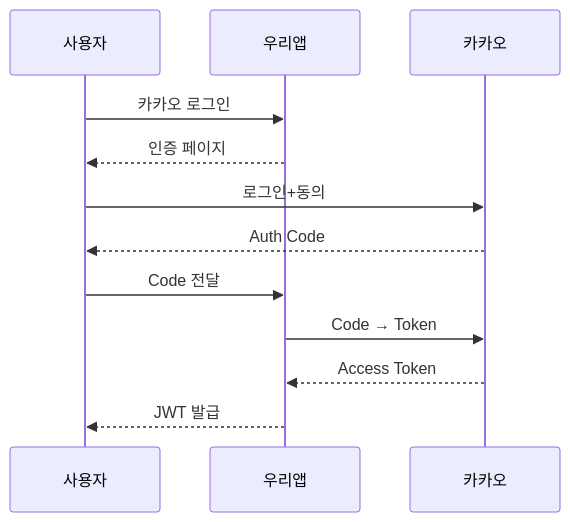
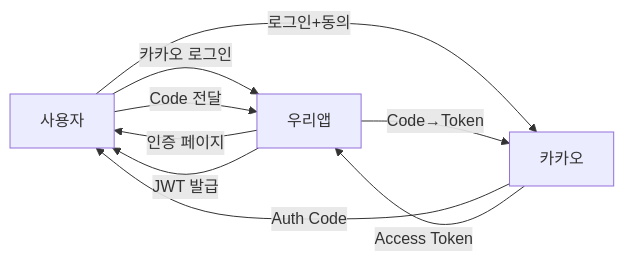
The fifth of 7 diagrams in _posts/spring/2026-05-02-spring-security-deep.md (yjkim2015/yjkim2015.github.io), drawn with Mermaid before and after one commit. The commit also changed other lines of this file and 32 other files, not shown here.

First line of the commit message:
sequenceDiagram 82개 → graph LR 변환 완료

````diff
--- a/_posts/spring/2026-05-02-spring-security-deep.md
+++ b/_posts/spring/2026-05-02-spring-security-deep.md
@@ -367,14 +364,11 @@
 ```mermaid
-sequenceDiagram
-    participant U as 사용자
-    participant A as 우리앱
-    participant K as 카카오
-    U->>A: 카카오 로그인
-    A-->>U: 인증 페이지
-    U->>K: 로그인+동의
-    K-->>U: Auth Code
-    U->>A: Code 전달
-    A->>K: Code → Token
-    K-->>A: Access Token
-    A-->>U: JWT 발급
+graph LR
+    U["사용자"] -->|"카카오 로그인"| A["우리앱"]
+    A -->|"인증 페이지"| U
+    U -->|"로그인+동의"| K["카카오"]
+    K -->|"Auth Code"| U
+    U -->|"Code 전달"| A
+    A -->|"Code→Token"| K
+    K -->|"Access Token"| A
+    A -->|"JWT 발급"| U
 ```
````
